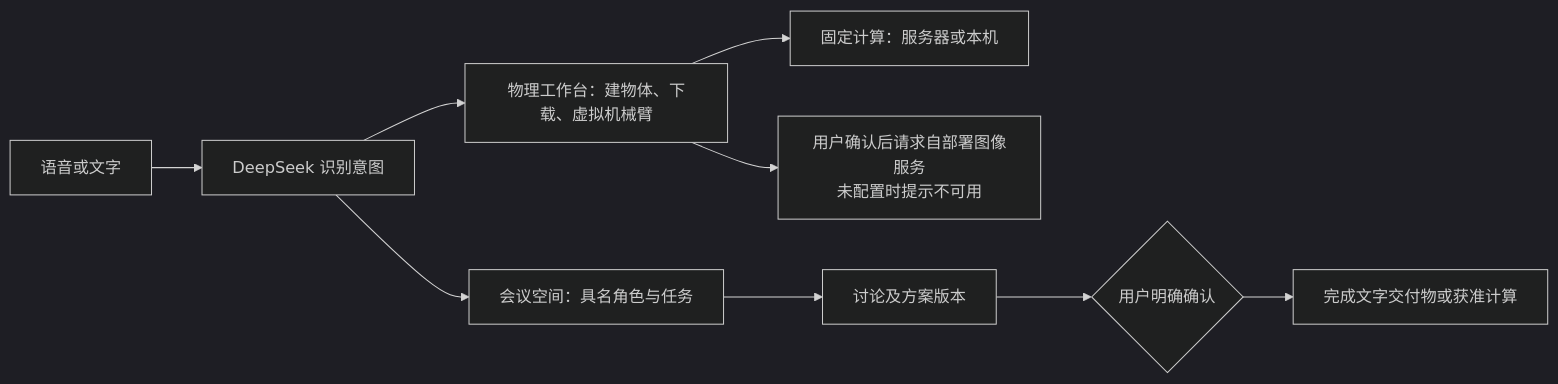
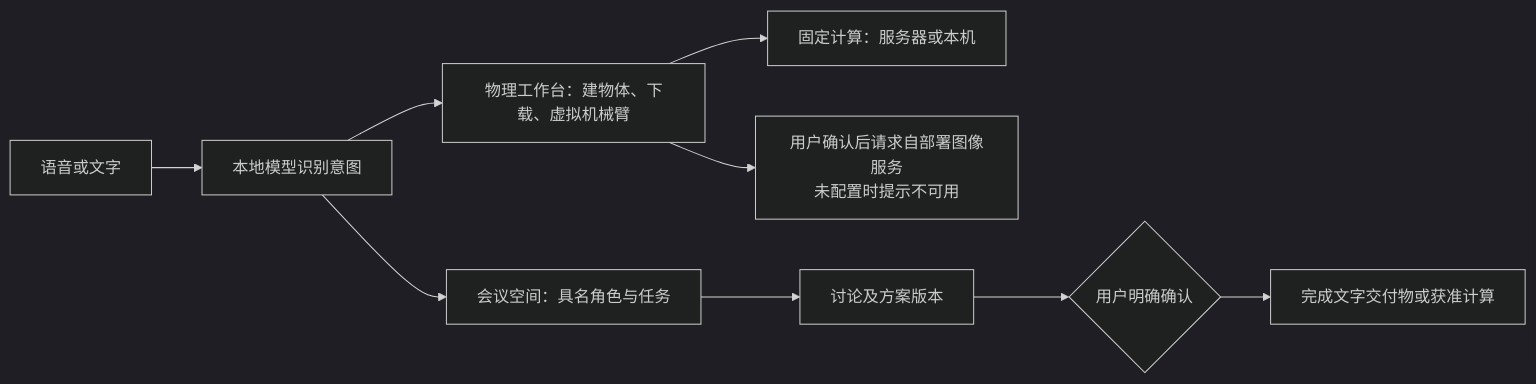
One commit to wuki-creator/Xim-duplex changed the first of 6 diagrams in docs/MODEL_FLOW.md. Above: the diagram before and after it, drawn with Mermaid (dark theme). The commit also changed other lines of this file and 20 other files, not shown here.

````diff
--- a/docs/MODEL_FLOW.md
+++ b/docs/MODEL_FLOW.md
@@ -11,11 +11,11 @@
 ```mermaid
 flowchart LR
-    TALK[语音或文字] --> ROUTE[DeepSeek 识别意图]
+    TALK[语音或文字] --> ROUTE[本地模型识别意图]
     ROUTE --> LAB[物理工作台：建物体、下载、虚拟机械臂]
     LAB --> COMPUTE[固定计算：服务器或本机]
     LAB --> IMAGE[用户确认后请求自部署图像服务<br/>未配置时提示不可用]
     ROUTE --> ROOM[会议空间：具名角色与任务]
     ROOM --> PLAN[讨论及方案版本]
     PLAN --> CONFIRM{用户明确确认}
     CONFIRM --> RESULT[完成文字交付物或获准计算]
 ```
````
